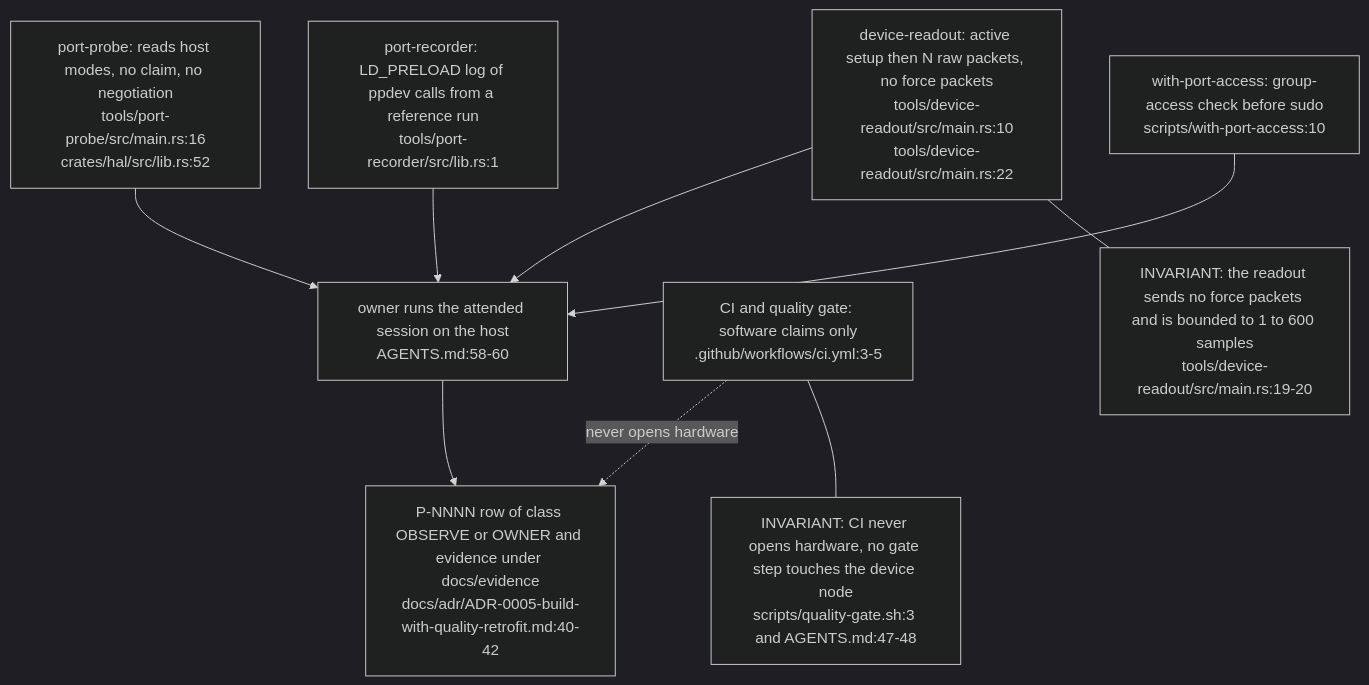
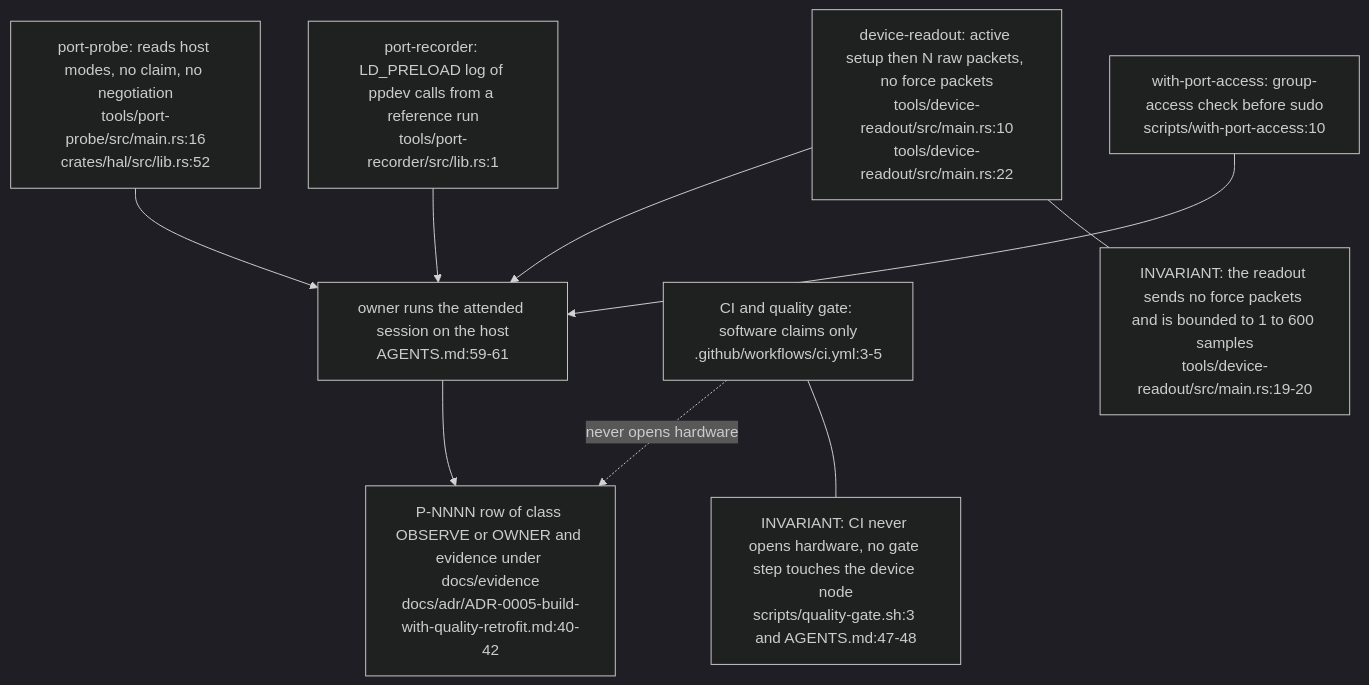
One commit to DreamLab-AI/VisionFlow changed the first of 4 diagrams in docs/diagrams/visiontouch-rs/06-tools-and-evidence-path.md. Above: the diagram before and after it, drawn with Mermaid (dark theme). The commit also changed other lines of this file and 9 other files, not shown here.

Commit message:
docs(diagrams): re-stamp VT-01 to VT-08 at visiontouch-rs 77898bc

````diff
--- a/docs/diagrams/visiontouch-rs/06-tools-and-evidence-path.md
+++ b/docs/diagrams/visiontouch-rs/06-tools-and-evidence-path.md
@@ -36,20 +36,20 @@
 ```mermaid
 flowchart TB
     PR["port-probe: reads host modes, no claim, no negotiation<br/>tools/port-probe/src/main.rs:16<br/>crates/hal/src/lib.rs:52"]
     RO["device-readout: active setup then N raw packets, no force packets<br/>tools/device-readout/src/main.rs:10<br/>tools/device-readout/src/main.rs:22"]
     RC["port-recorder: LD_PRELOAD log of ppdev calls from a reference run<br/>tools/port-recorder/src/lib.rs:1"]
     WPA["with-port-access: group-access check before sudo<br/>scripts/with-port-access:10"]
-    OWN["owner runs the attended session on the host<br/>AGENTS.md:58-60"]
+    OWN["owner runs the attended session on the host<br/>AGENTS.md:59-61"]
     EV["P-NNNN row of class OBSERVE or OWNER and evidence under docs/evidence<br/>docs/adr/ADR-0005-build-with-quality-retrofit.md:40-42"]
     CI["CI and quality gate: software claims only<br/>.github/workflows/ci.yml:3-5"]
     PR --> OWN
     RO --> OWN
     RC --> OWN
     WPA --> OWN
     OWN --> EV
     CI -. "never opens hardware" .-> EV
     N1["INVARIANT: CI never opens hardware, no gate step touches the device node<br/>scripts/quality-gate.sh:3 and AGENTS.md:47-48"]
     N2["INVARIANT: the readout sends no force packets and is bounded to 1 to 600 samples<br/>tools/device-readout/src/main.rs:19-20"]
     CI --- N1
     RO --- N2
 ```
````
